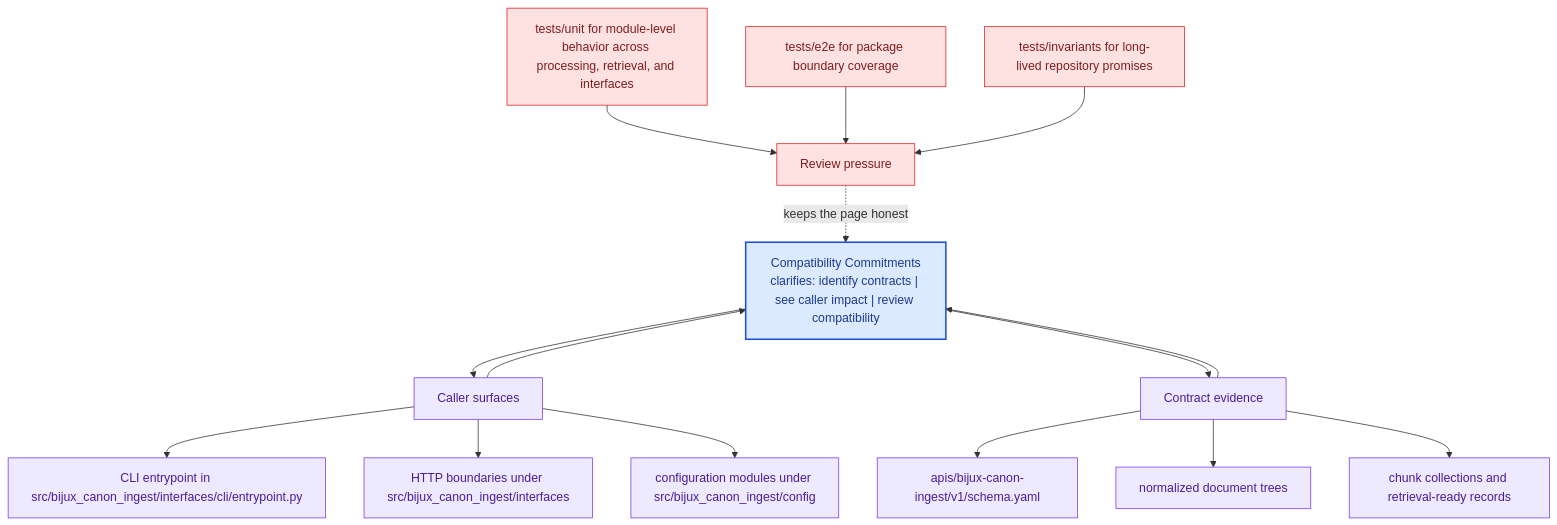
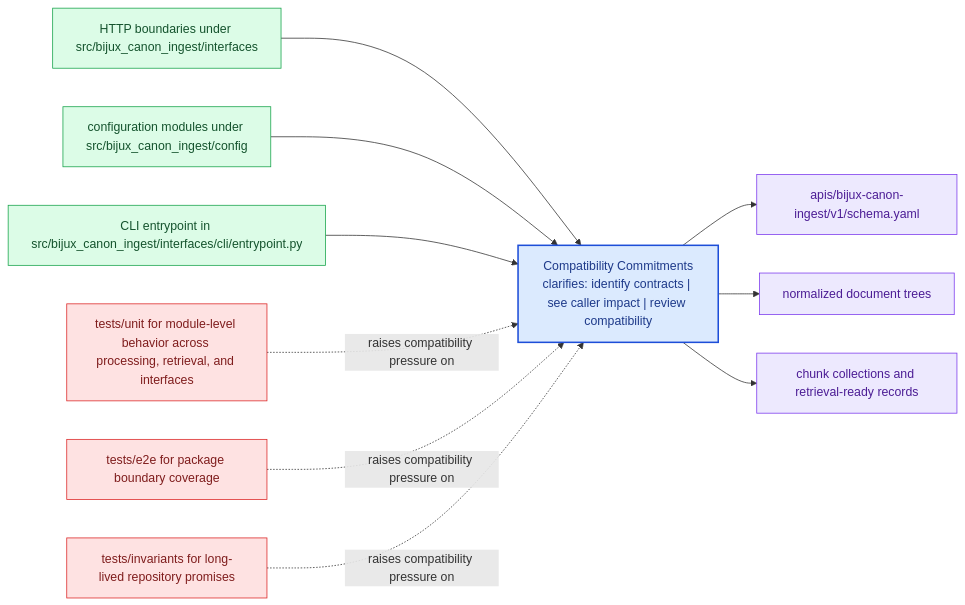
One commit to bijux/bijux-canon changed the diagram in docs/bijux-canon-ingest/interfaces/compatibility-commitments.md. Above: the diagram before and after it, drawn with Mermaid. The commit also changed other lines of this file and 281 other files, not shown here.

Commit message:
docs(diagrams): replace repeated mermaid scaffolds with page-specific summaries

````diff
--- a/docs/bijux-canon-ingest/interfaces/compatibility-commitments.md
+++ b/docs/bijux-canon-ingest/interfaces/compatibility-commitments.md
@@ -68,41 +23,31 @@
 ```mermaid
-flowchart TB
-    promise["Compatibility Commitments<br/>clarifies: identify contracts | see caller impact | review compatibility"]
-    classDef promise fill:#dbeafe,stroke:#1d4ed8,color:#1e3a8a,stroke-width:2px;
-    classDef driver fill:#dcfce7,stroke:#16a34a,color:#14532d;
-    classDef constraint fill:#fee2e2,stroke:#dc2626,color:#7f1d1d;
-    classDef ground fill:#ede9fe,stroke:#7c3aed,color:#4c1d95;
-    focus1["Caller surfaces"]
-    focus1 --> promise
-    promise --> focus1
-    focus1_1["CLI entrypoint in src/bijux_canon_ingest/interfaces/cli/entrypoint.py"]
-    focus1 --> focus1_1
-    focus1_2["HTTP boundaries under src/bijux_canon_ingest/interfaces"]
-    focus1 --> focus1_2
-    focus1_3["configuration modules under src/bijux_canon_ingest/config"]
-    focus1 --> focus1_3
-    class focus1 ground;
-    class focus1_1,focus1_2,focus1_3 ground;
-    focus2["Contract evidence"]
-    focus2 --> promise
-    promise --> focus2
-    focus2_1["apis/bijux-canon-ingest/v1/schema.yaml"]
-    focus2 --> focus2_1
-    focus2_2["normalized document trees"]
-    focus2 --> focus2_2
-    focus2_3["chunk collections and retrieval-ready records"]
-    focus2 --> focus2_3
-    class focus2 ground;
-    class focus2_1,focus2_2,focus2_3 ground;
-    focus3["Review pressure"]
-    focus3 -.keeps the page honest.-> promise
-    focus3_1["tests/unit for module-level behavior across processing, retrieval, and interfaces"]
-    focus3_1 --> focus3
-    focus3_2["tests/e2e for package boundary coverage"]
-    focus3_2 --> focus3
-    focus3_3["tests/invariants for long-lived repository promises"]
-    focus3_3 --> focus3
-    class focus3 constraint;
-    class focus3_1,focus3_2,focus3_3 constraint;
-    class promise promise;
+flowchart LR
+    page["Compatibility Commitments<br/>clarifies: identify contracts | see caller impact | review compatibility"]
+    classDef page fill:#dbeafe,stroke:#1d4ed8,color:#1e3a8a,stroke-width:2px;
+    classDef positive fill:#dcfce7,stroke:#16a34a,color:#14532d;
+    classDef caution fill:#fee2e2,stroke:#dc2626,color:#7f1d1d;
+    classDef anchor fill:#ede9fe,stroke:#7c3aed,color:#4c1d95;
+    classDef action fill:#fef3c7,stroke:#d97706,color:#7c2d12;
+    surface1["HTTP boundaries under src/bijux_canon_ingest/interfaces"]
+    surface1 --> page
+    surface2["configuration modules under src/bijux_canon_ingest/config"]
+    surface2 --> page
+    surface3["CLI entrypoint in src/bijux_canon_ingest/interfaces/cli/entrypoint.py"]
+    surface3 --> page
+    proof1["apis/bijux-canon-ingest/v1/schema.yaml"]
+    page --> proof1
+    proof2["normalized document trees"]
+    page --> proof2
+    proof3["chunk collections and retrieval-ready records"]
+    page --> proof3
+    review1["tests/unit for module-level behavior across processing, retrieval, and interfaces"]
+    review1 -.raises compatibility pressure on.-> page
+    review2["tests/e2e for package boundary coverage"]
+    review2 -.raises compatibility pressure on.-> page
+    review3["tests/invariants for long-lived repository promises"]
+    review3 -.raises compatibility pressure on.-> page
+    class page page;
+    class surface1,surface2,surface3 positive;
+    class proof1,proof2,proof3 anchor;
+    class review1,review2,review3 caution;
 ```
````
